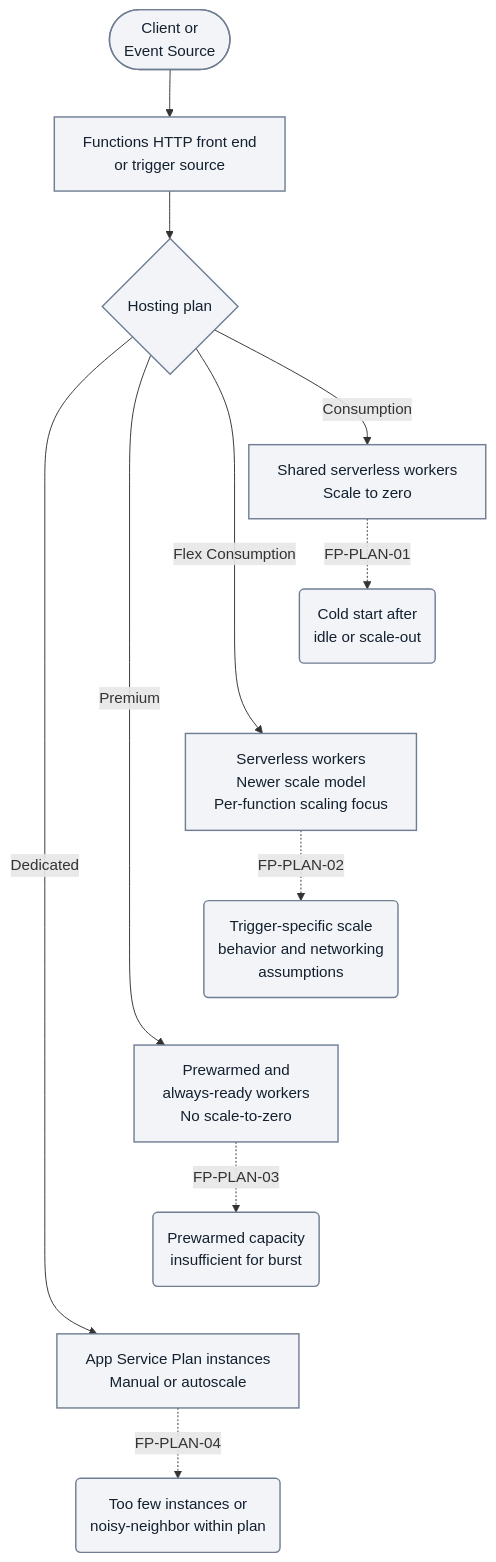
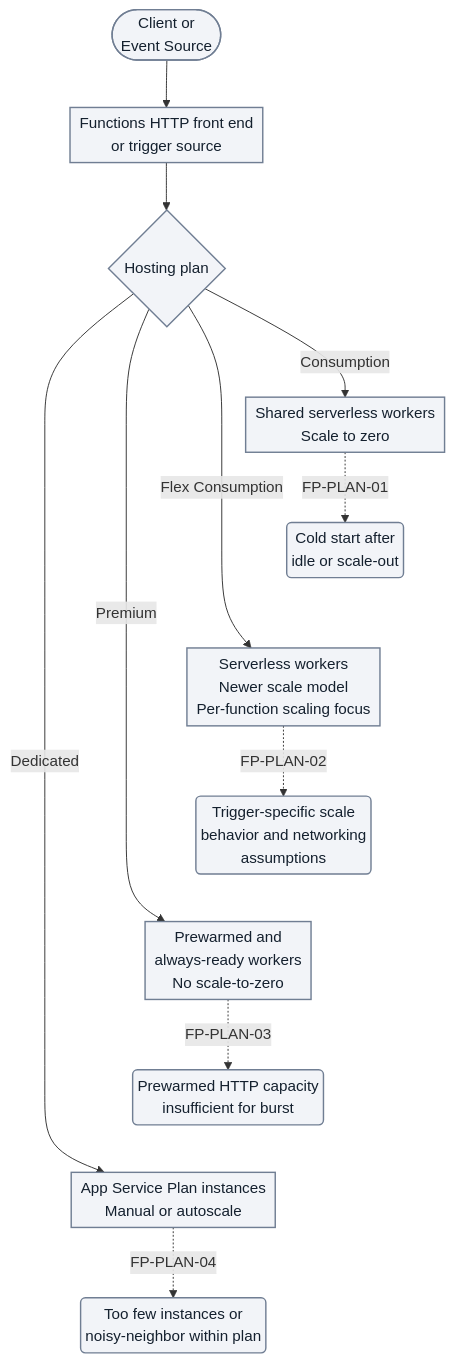
Before and after one commit to yeongseon/azure-functions-practical-guide: the first of 10 diagrams in docs/troubleshooting/architecture-components-reference.md, drawn with Mermaid. The commit also changed other lines of this file, not shown here.

First line of the commit message:
docs(diagrams): qualify failure semantics and improve narrow layouts

````diff
--- a/docs/troubleshooting/architecture-components-reference.md
+++ b/docs/troubleshooting/architecture-components-reference.md
@@ -239,23 +241,23 @@
 ```mermaid
-%%{init: {'flowchart': {'nodeSpacing': 10}}}%%
+%%{init: {'flowchart': {'nodeSpacing': 10, 'padding': 5}}}%%
 flowchart TD
     accTitle: Hosting plan diagnostic routing
     accDescr: Illustrative routing by hosting plan to four candidate failure points, not proof of an incident cause. HTTP front-end routing and non-HTTP trigger sources are alternatives, not a mandatory Azure Front Door deployment.
     A(["Client or<br/>Event Source"]) --> B["Functions HTTP front end<br/>or trigger source"]
     B --> C{Hosting plan}
     C -->|Consumption| D["Shared serverless workers<br/>Scale to zero"]
     C -->|Flex Consumption| E["Serverless workers<br/>Newer scale model<br/>Per-function scaling focus"]
     C -->|Premium| F["Prewarmed and<br/>always-ready workers<br/>No scale-to-zero"]
     C -->|Dedicated| G["App Service Plan instances<br/>Manual or autoscale"]
 
     D -. FP-PLAN-01 .-> D1("Cold start after<br/>idle or scale-out")
     E -. FP-PLAN-02 .-> E1("Trigger-specific scale<br/>behavior and networking<br/>assumptions")
-    F -. FP-PLAN-03 .-> F1("Prewarmed capacity<br/>insufficient for burst")
+    F -. FP-PLAN-03 .-> F1("Prewarmed HTTP capacity<br/>insufficient for burst")
     G -. FP-PLAN-04 .-> G1("Too few instances or<br/>noisy-neighbor within plan")
     %% Layout-only links serialize categories; they add no diagnostic steps or arrows.
     D1 ~~~ E
     E1 ~~~ F
     F1 ~~~ G
     classDef baseNeutral fill:#f2f4f8,stroke:#707e93,stroke-width:1.5px,color:#14202e;
     class A,B,C,D,E,F,G,D1,E1,F1,G1 baseNeutral;
 ```
````
